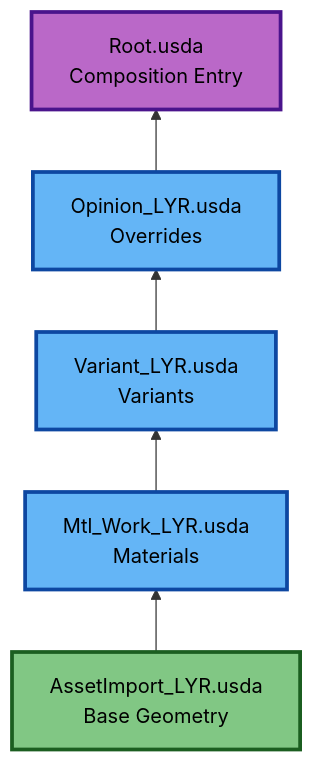
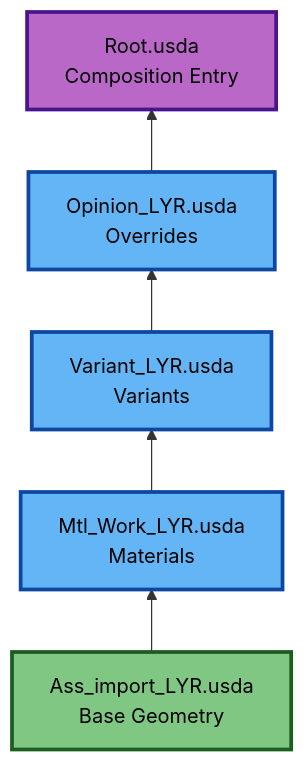
One commit to jph2/USD_GoodStart changed the ninth of 18 diagrams in WIP_Docs/OpenUSD_Best_Practices_Guide (17).md. Above: the diagram before and after it, drawn with Mermaid. The commit also changed other lines of this file and 4 other files, not shown here.

````diff
--- a/WIP_Docs/OpenUSD_Best_Practices_Guide (17).md
+++ b/WIP_Docs/OpenUSD_Best_Practices_Guide (17).md
@@ -1336,18 +1336,18 @@
 ```mermaid
 graph BT
     %% Bottom-Up Construction
-    Import[AssetImport_LYR.usda<br/>Base Geometry]:::base
+    Import[Ass_import_LYR.usda<br/>Base Geometry]:::base
     Mtl[Mtl_Work_LYR.usda<br/>Materials]:::layer
     Variant[Variant_LYR.usda<br/>Variants]:::layer
     Opinion[Opinion_LYR.usda<br/>Overrides]:::layer
     Root[Root.usda<br/>Composition Entry]:::root
 
     Import --> Mtl
     Mtl --> Variant
     Variant --> Opinion
     Opinion --> Root
 
     classDef root fill:#ba68c8,stroke:#4a148c,stroke-width:3px,color:#000;
     classDef layer fill:#64b5f6,stroke:#0d47a1,stroke-width:3px,color:#000;
     classDef base fill:#81c784,stroke:#1b5e20,stroke-width:3px,color:#000;
 ```
````
